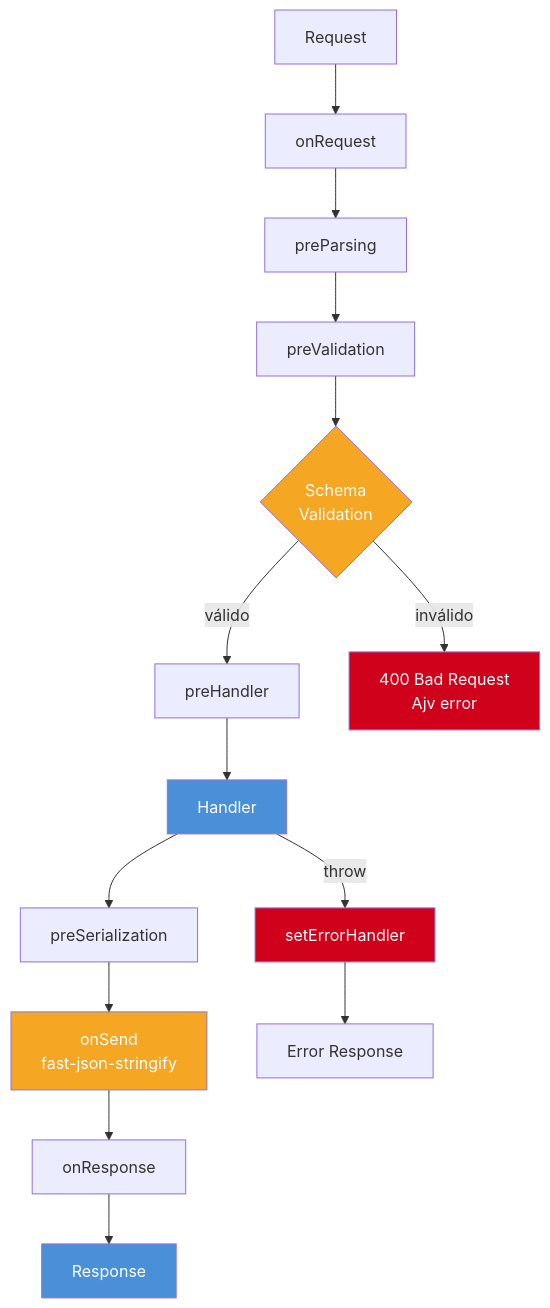
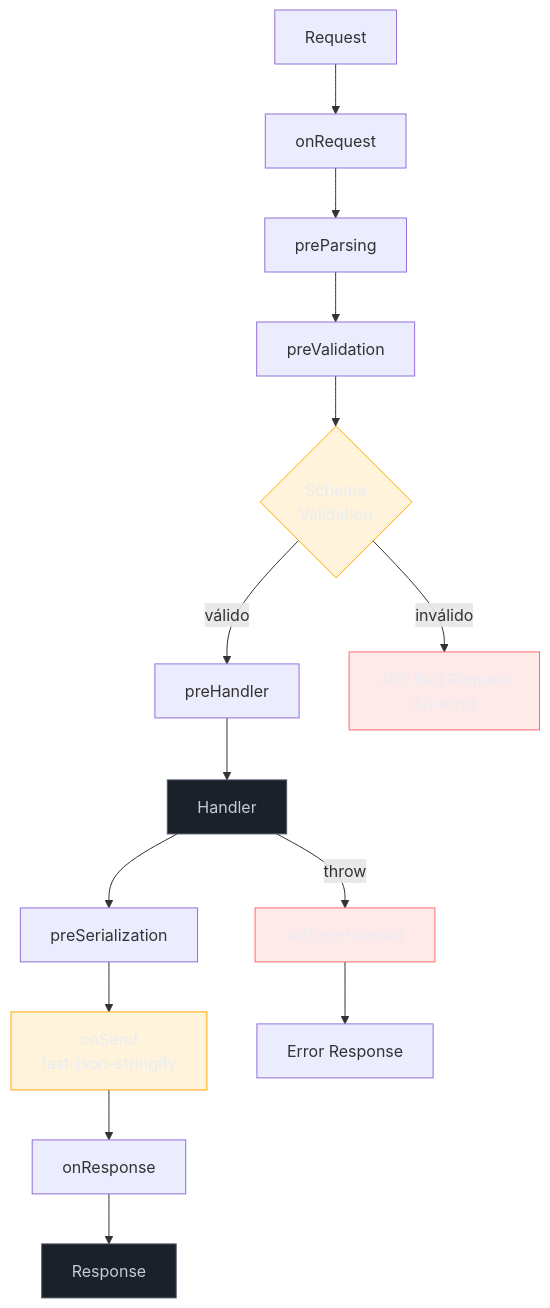
The diagram in 03-Dominios/Tecnologia/Node/Frameworks e arquitetura/05 - Fastify - schema-first, plugins, performance.md (josenaldo/codex-technomanticus), drawn with Mermaid before and after one commit. The commit also changed 1181 other files, not shown here.

First line of the commit message:
fix(diagramas): paleta do sistema no lugar de cor cravada no markdown

````diff
--- a/03-Dominios/Tecnologia/Node/Frameworks e arquitetura/05 - Fastify - schema-first, plugins, performance.md
+++ b/03-Dominios/Tecnologia/Node/Frameworks e arquitetura/05 - Fastify - schema-first, plugins, performance.md
@@ -36,24 +36,27 @@
 ```mermaid
 flowchart TD
+    classDef destaque fill:#FFAA0024,stroke:#FFAA00,color:#E9ECF2
+    classDef neutro fill:#1B2029,stroke:#4E5666,color:#C6CCD8
+    classDef falha fill:#FF6B6B24,stroke:#FF6B6B,color:#E9ECF2
     RQ[Request] --> OR[onRequest]
     OR --> PP[preParsing]
     PP --> PV[preValidation]
     PV --> SC{Schema\nValidation}
     SC -->|válido| PH[preHandler]
     SC -->|inválido| E4[400 Bad Request\nAjv error]
     PH --> HD[Handler]
     HD --> PS[preSerialization]
     PS --> OS[onSend\nfast-json-stringify]
     OS --> OR2[onResponse]
     OR2 --> RS[Response]
 
     HD -->|throw| EH[setErrorHandler]
     EH --> ER[Error Response]
 
-    style SC fill:#F5A623,color:#fff
-    style HD fill:#4A90D9,color:#fff
-    style E4 fill:#D0021B,color:#fff
-    style EH fill:#D0021B,color:#fff
-    style RS fill:#4A90D9,color:#fff
-    style OS fill:#F5A623,color:#fff
+    class SC destaque
+    class HD neutro
+    class E4 falha
+    class EH falha
+    class RS neutro
+    class OS destaque
 ```
````
